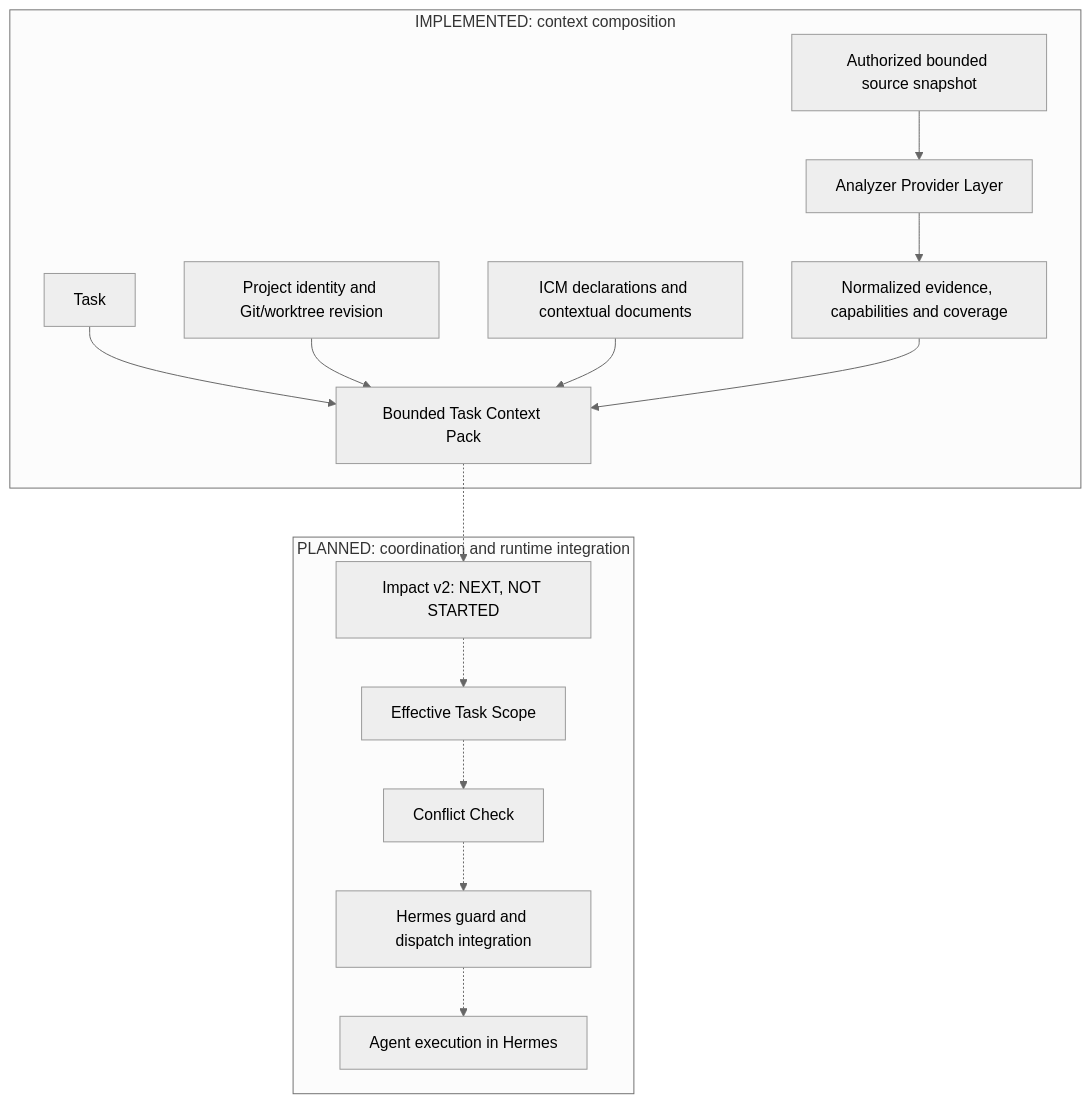
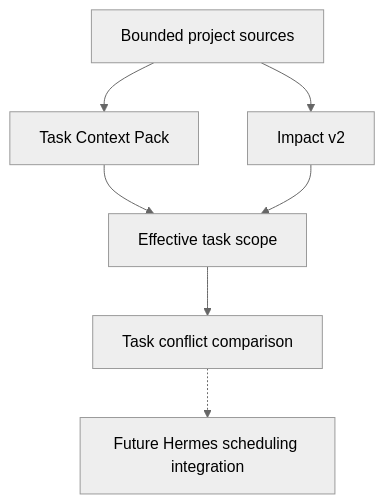
Before and after one commit to dinisroxo99/hermes-nexus: the second of 3 diagrams in docs/ARCHITECTURE.md, drawn with Mermaid (neutral theme). The commit also changed other lines of this file and 5 other files, not shown here.

Commit message:
docs: map roadmap milestones to supported operations and outstanding dependencies

````diff
--- a/docs/ARCHITECTURE.md
+++ b/docs/ARCHITECTURE.md
@@ -81,18 +80,9 @@
 ```mermaid
-flowchart TB
-    subgraph CURRENT["IMPLEMENTED: context composition"]
-        T[Task] --> P["Bounded Task Context Pack"]
-        R["Project identity and Git/worktree revision"] --> P
-        ICM["ICM declarations and contextual documents"] --> P
-        S["Authorized bounded source snapshot"] --> AP["Analyzer Provider Layer"]
-        AP --> E["Normalized evidence, capabilities and coverage"]
-        E --> P
-    end
-    subgraph FUTURE["PLANNED: coordination and runtime integration"]
-        I["Impact v2: NEXT, NOT STARTED"] -.-> ES["Effective Task Scope"]
-        ES -.-> F["Conflict Check"]
-        F -.-> H["Hermes guard and dispatch integration"]
-        H -.-> A["Agent execution in Hermes"]
-    end
-    P -.-> I
+flowchart TD
+    S["Bounded project sources"] --> P["Task Context Pack"]
+    S --> I["Impact v2"]
+    P --> E["Effective task scope"]
+    I --> E
+    E --> C["Task conflict comparison"]
+    C -.-> H["Future Hermes scheduling integration"]
 ```
````
